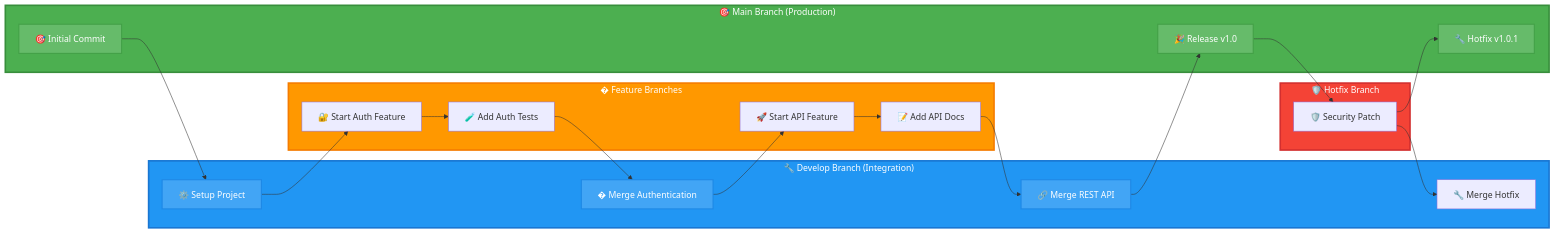
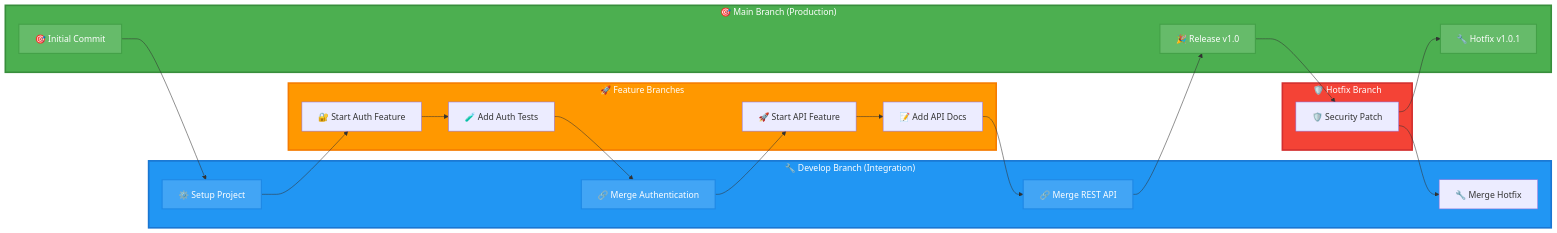
The third of 4 diagrams in docs/chapter-04-git.md (Alex-0293/TopWebStack), drawn with Mermaid before and after one commit. The commit also changed 4 other files, not shown here.

````diff
--- a/docs/chapter-04-git.md
+++ b/docs/chapter-04-git.md
@@ -462,53 +462,53 @@
 ```mermaid
 graph LR
     subgraph main_branch["🎯 Main Branch (Production)"]
         initial["🎯 Initial Commit"]
         v1_0["🎉 Release v1.0"]
         v1_0_1["🔧 Hotfix v1.0.1"]
     end
     
     subgraph develop_branch["🔧 Develop Branch (Integration)"]
         setup["⚙️ Setup Project"]
-        merge_auth["� Merge Authentication"]
+        merge_auth["🔗 Merge Authentication"]
         merge_api["🔗 Merge REST API"]
         merge_hotfix["🔧 Merge Hotfix"]
     end
     
-    subgraph feature_branches["� Feature Branches"]
+    subgraph feature_branches["🚀 Feature Branches"]
         auth_start["🔐 Start Auth Feature"]
         auth_tests["🧪 Add Auth Tests"]
         api_start["🚀 Start API Feature"]
         api_docs["📝 Add API Docs"]
     end
     
     subgraph hotfix_branch["🛡️ Hotfix Branch"]
         security_fix["🛡️ Security Patch"]
     end
     
     initial --> setup
     setup --> auth_start
     auth_start --> auth_tests
     auth_tests --> merge_auth
     
     merge_auth --> api_start
     api_start --> api_docs
     api_docs --> merge_api
     
     merge_api --> v1_0
     
     v1_0 --> security_fix
     security_fix --> v1_0_1
     security_fix --> merge_hotfix
     
     style main_branch fill:#4CAF50,stroke:#388E3C,stroke-width:3px,color:#fff
     style develop_branch fill:#2196F3,stroke:#1976D2,stroke-width:3px,color:#fff
     style feature_branches fill:#FF9800,stroke:#F57C00,stroke-width:3px,color:#fff
     style hotfix_branch fill:#F44336,stroke:#D32F2F,stroke-width:3px,color:#fff
     
     style initial fill:#66BB6A,stroke:#43A047,stroke-width:2px,color:#fff
     style v1_0 fill:#66BB6A,stroke:#43A047,stroke-width:2px,color:#fff
     style v1_0_1 fill:#66BB6A,stroke:#43A047,stroke-width:2px,color:#fff
     style setup fill:#42A5F5,stroke:#1E88E5,stroke-width:2px,color:#fff
     style merge_auth fill:#42A5F5,stroke:#1E88E5,stroke-width:2px,color:#fff
     style merge_api fill:#42A5F5,stroke:#1E88E5,stroke-width:2px,color:#fff
 ```
````
